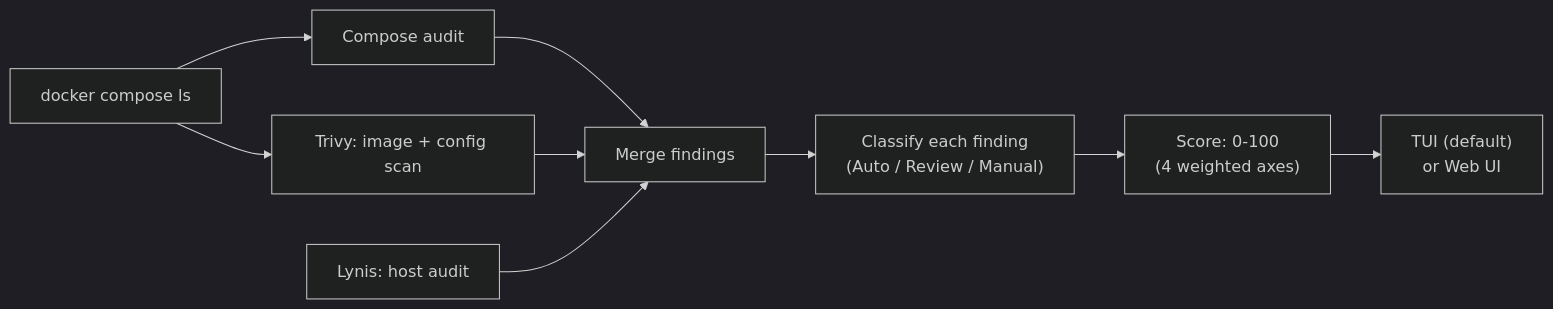
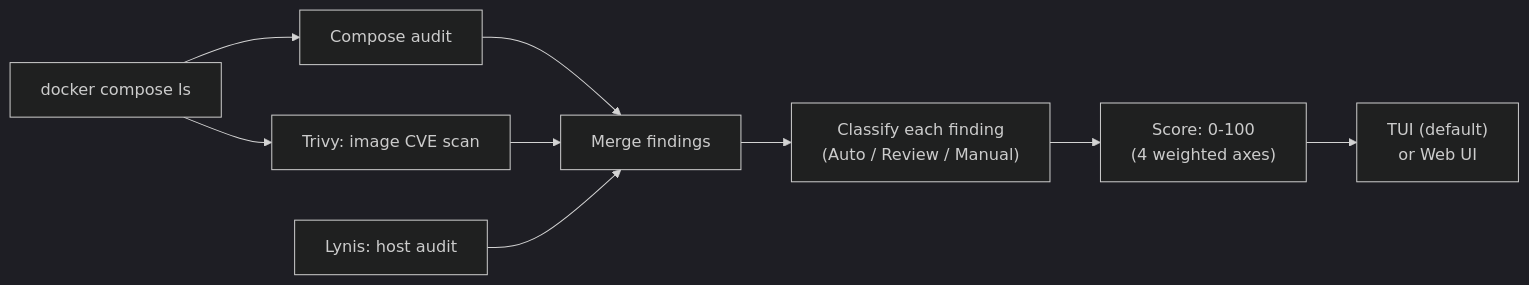
Before and after one commit to seolcu/hostveil: the diagram in README.md, drawn with Mermaid (dark theme). The commit also changed other lines of this file and 3 other files, not shown here.

````diff
--- a/README.md
+++ b/README.md
@@ -117,12 +117,12 @@
 ```mermaid
 flowchart LR
     A[docker compose ls] --> B[Compose audit]
-    A --> C[Trivy: image + config scan]
+    A --> C[Trivy: image CVE scan]
     D[Lynis: host audit]
     B --> E[Merge findings]
     C --> E
     D --> E
     E --> F["Classify each finding<br/>(Auto / Review / Manual)"]
     F --> G["Score: 0-100<br/>(4 weighted axes)"]
     G --> H["TUI (default)<br/>or Web UI"]
 ```
````
